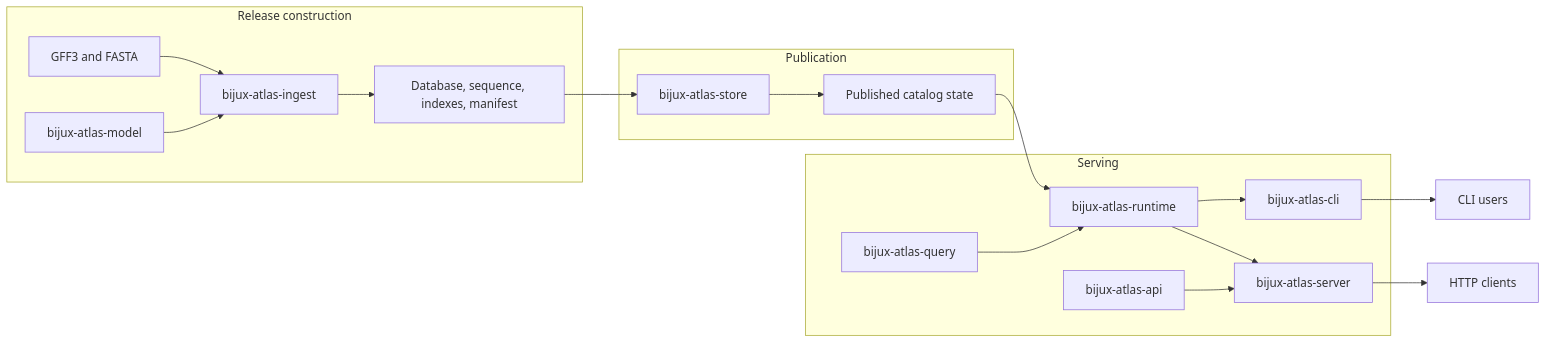
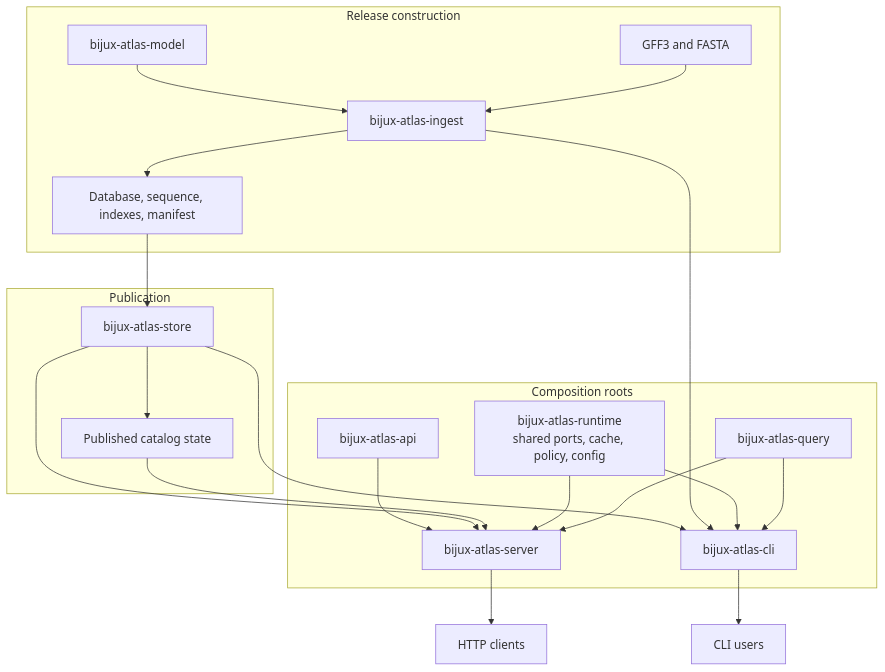
The first of 5 diagrams in docs/bijux-atlas/runtime/system-overview.md (bijux/bijux-atlas), drawn with Mermaid before and after one commit. The commit also changed other lines of this file and 2 other files, not shown here.

````diff
--- a/docs/bijux-atlas/runtime/system-overview.md
+++ b/docs/bijux-atlas/runtime/system-overview.md
@@ -29,21 +29,25 @@
 ```mermaid
-flowchart LR
+flowchart TB
     subgraph Build[Release construction]
         Source[GFF3 and FASTA] --> Ingest[bijux-atlas-ingest]
         Model[bijux-atlas-model] --> Ingest
         Ingest --> Artifacts[Database, sequence, indexes, manifest]
     end
     subgraph Publication[Publication]
         Artifacts --> Store[bijux-atlas-store]
         Store --> Catalog[Published catalog state]
     end
-    subgraph Runtime[Serving]
-        Catalog --> Orchestrator[bijux-atlas-runtime]
-        Query[bijux-atlas-query] --> Orchestrator
-        Orchestrator --> CLI[bijux-atlas-cli]
-        Orchestrator --> Server[bijux-atlas-server]
+    subgraph Delivery[Composition roots]
+        Query[bijux-atlas-query] --> CLI[bijux-atlas-cli]
+        Query --> Server[bijux-atlas-server]
+        Runtime[bijux-atlas-runtime<br/>shared ports, cache, policy, config] --> CLI
+        Runtime --> Server
+        Ingest --> CLI
+        Store --> CLI
+        Catalog --> Server
+        Store --> Server
         API[bijux-atlas-api] --> Server
     end
     Server --> Clients[HTTP clients]
     CLI --> Users[CLI users]
 ```
````
